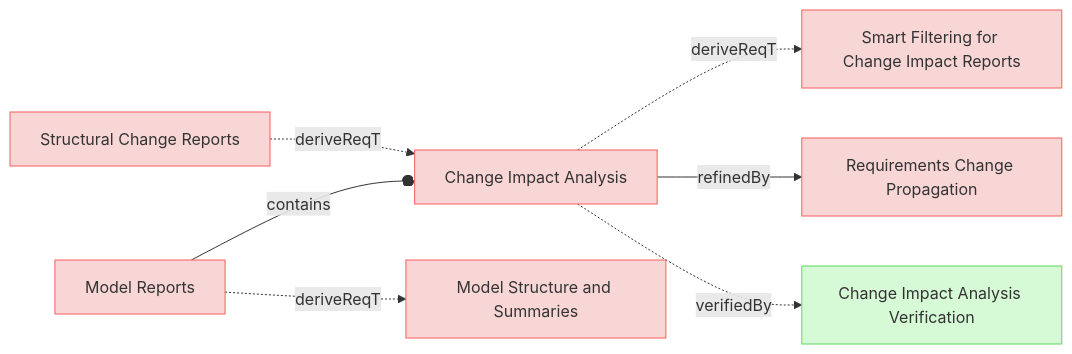
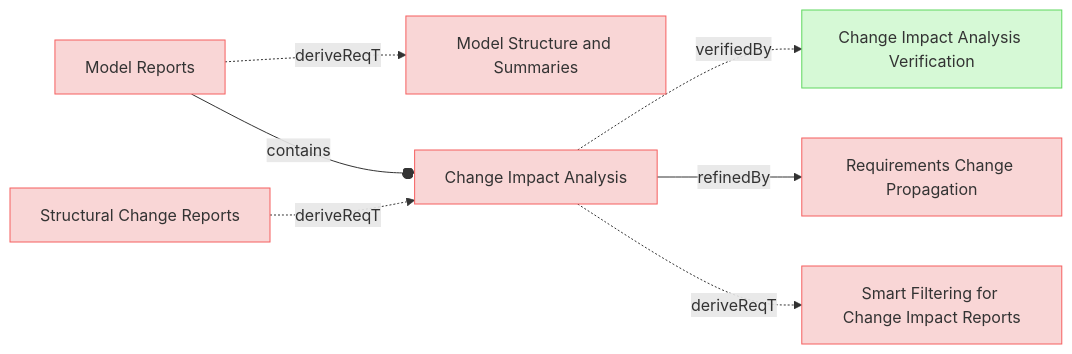
The eighth of 9 diagrams in specifications/UserRequirements.md (reqvire-org/reqvire), drawn with Mermaid before and after one commit. The commit also changed other lines of this file and 64 other files, not shown here.

````diff
--- a/specifications/UserRequirements.md
+++ b/specifications/UserRequirements.md
@@ -804,37 +816,37 @@
 ```mermaid
 graph LR;
   %% REQVIRE-AUTOGENERATED-DIAGRAM
   %% Graph styling
   classDef requirement fill:#f9d6d6,stroke:#f55f5f,stroke-width:1px;
   classDef verification fill:#d6f9d6,stroke:#5fd75f,stroke-width:1px;
   classDef externalLink fill:#d0e0ff,stroke:#3080ff,stroke-width:1px;
   classDef default fill:#f5f5f5,stroke:#333333,stroke-width:1px;
 
   9933cac5853a8584["Change Impact Analysis"];
   class 9933cac5853a8584 requirement;
   click 9933cac5853a8584 "UserRequirements.md#change-impact-analysis";
+  b72d56e7e360fe6c["Change Impact Analysis Verification"];
+  class b72d56e7e360fe6c verification;
+  click b72d56e7e360fe6c "Verifications/ChangeImpactTests.md#change-impact-analysis-verification";
+  9933cac5853a8584 -.->|verifiedBy| b72d56e7e360fe6c;
+  2054606d7574a553["Requirements Change Propagation"];
+  class 2054606d7574a553 requirement;
+  click 2054606d7574a553 "SpecificationsRequirements.md#requirements-change-propagation";
+  9933cac5853a8584 -->|refinedBy| 2054606d7574a553;
   ced028f36159c967["Smart Filtering for Change Impact Reports"];
   class ced028f36159c967 requirement;
   click ced028f36159c967 "SystemRequirements/ChangeImpactPropagation.md#smart-filtering-for-change-impact-reports";
   9933cac5853a8584 -.->|deriveReqT| ced028f36159c967;
-  2054606d7574a553["Requirements Change Propagation"];
-  class 2054606d7574a553 requirement;
-  click 2054606d7574a553 "SpecificationsRequirements.md#requirements-change-propagation";
-  9933cac5853a8584 -->|refinedBy| 2054606d7574a553;
-  b72d56e7e360fe6c["Change Impact Analysis Verification"];
-  class b72d56e7e360fe6c verification;
-  click b72d56e7e360fe6c "Verifications/ChangeImpactTests.md#change-impact-analysis-verification";
-  9933cac5853a8584 -.->|verifiedBy| b72d56e7e360fe6c;
   70701096d332c0b2["Model Reports"];
   class 70701096d332c0b2 requirement;
   click 70701096d332c0b2 "UserRequirements.md#model-reports";
-  70701096d332c0b2 --o|contains| 9933cac5853a8584;
   ad6f7a2d41d80a38["Model Structure and Summaries"];
   class ad6f7a2d41d80a38 requirement;
   click ad6f7a2d41d80a38 "UserRequirements.md#model-structure-and-summaries";
   70701096d332c0b2 -.->|deriveReqT| ad6f7a2d41d80a38;
+  70701096d332c0b2 --o|contains| 9933cac5853a8584;
   1908501a80db5c46["Structural Change Reports"];
   class 1908501a80db5c46 requirement;
   click 1908501a80db5c46 "UserRequirements.md#structural-change-reports";
   1908501a80db5c46 -.->|deriveReqT| 9933cac5853a8584;
 ```
````
